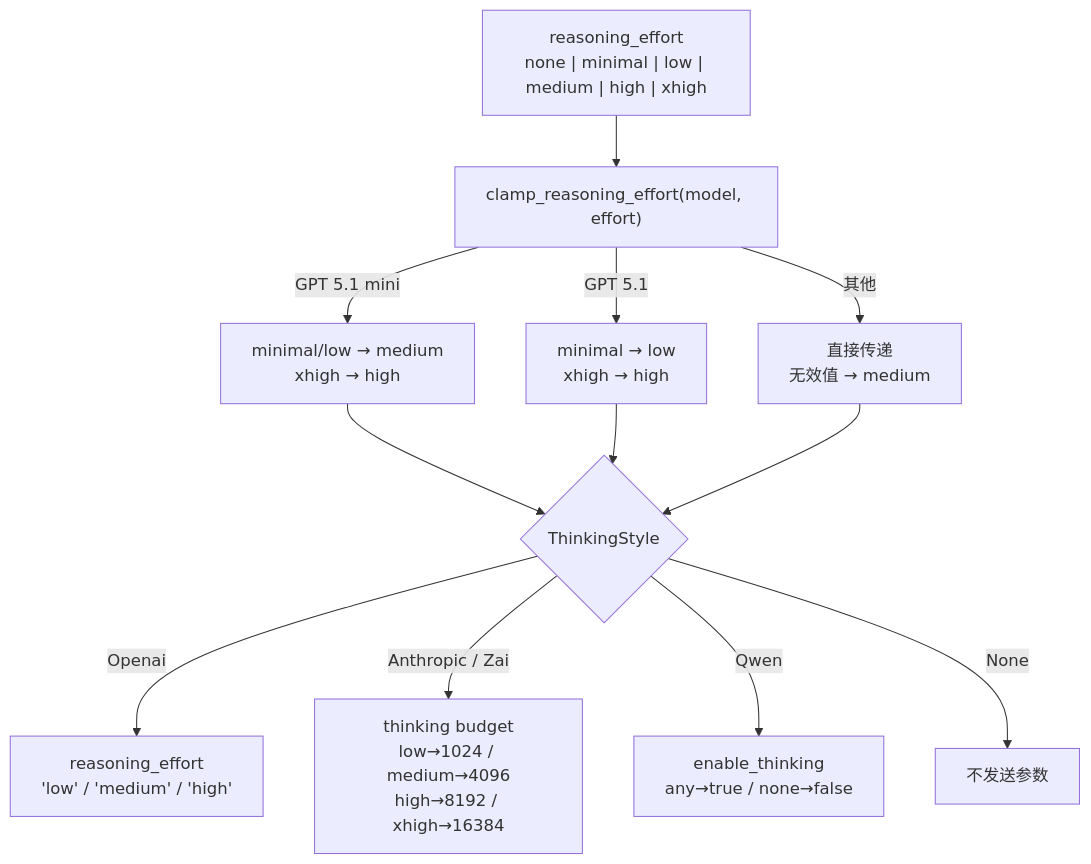
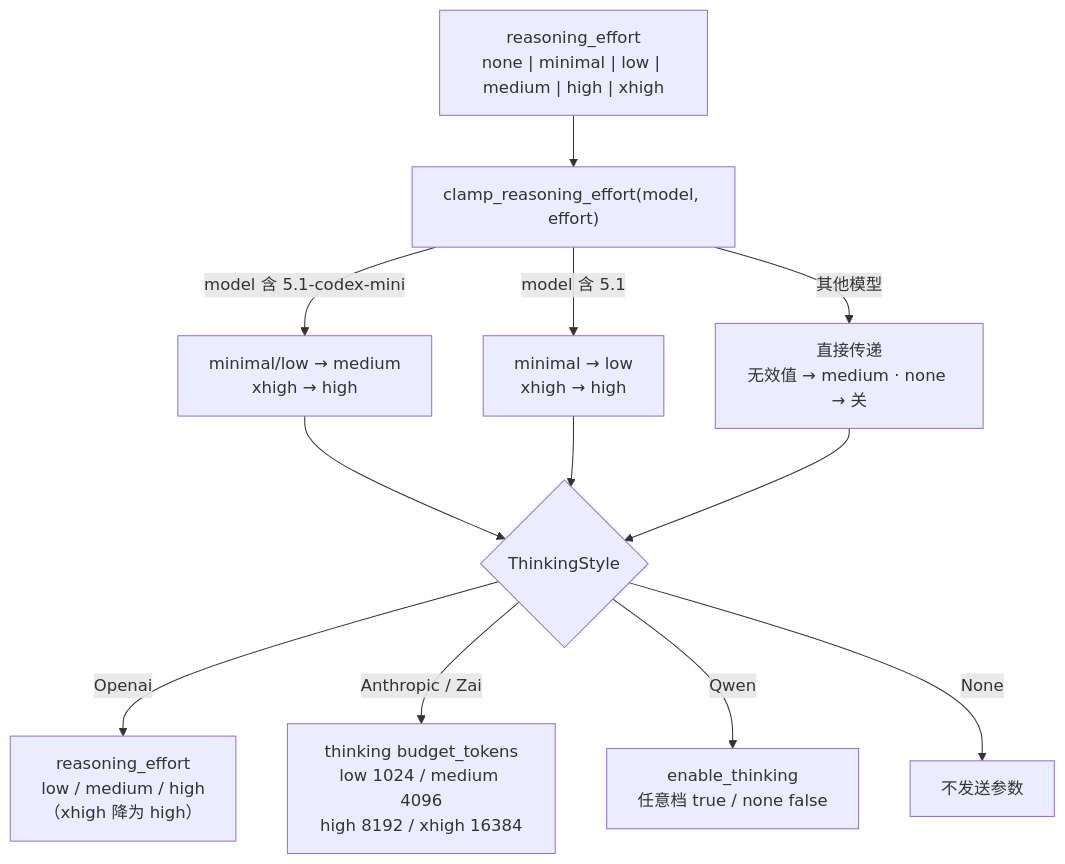
One commit to shiwenwen/hope-agent changed the fifth of 16 diagrams in docs/architecture/provider-system.md. Above: the diagram before and after it, drawn with Mermaid. The commit also changed other lines of this file and 2 other files, not shown here.

````diff
--- a/docs/architecture/provider-system.md
+++ b/docs/architecture/provider-system.md
@@ -429,16 +421,16 @@
 ```mermaid
 flowchart TD
   INPUT["reasoning_effort<br/>none | minimal | low | medium | high | xhigh"]
   INPUT --> CLAMP["clamp_reasoning_effort(model, effort)"]
 
-  CLAMP -->|"GPT 5.1 mini"| C1["minimal/low → medium<br/>xhigh → high"]
-  CLAMP -->|"GPT 5.1"| C2["minimal → low<br/>xhigh → high"]
-  CLAMP -->|"其他"| C3["直接传递<br/>无效值 → medium"]
+  CLAMP -->|"model 含 5.1-codex-mini"| C1["minimal/low → medium<br/>xhigh → high"]
+  CLAMP -->|"model 含 5.1"| C2["minimal → low<br/>xhigh → high"]
+  CLAMP -->|"其他模型"| C3["直接传递<br/>无效值 → medium · none → 关"]
 
-  C1 & C2 & C3 --> STYLE{ThinkingStyle}
+  C1 & C2 & C3 --> STYLE{"ThinkingStyle"}
 
-  STYLE -->|Openai| S1["reasoning_effort<br/>'low' / 'medium' / 'high'"]
-  STYLE -->|Anthropic / Zai| S2["thinking budget<br/>low→1024 / medium→4096<br/>high→8192 / xhigh→16384"]
-  STYLE -->|Qwen| S3["enable_thinking<br/>any→true / none→false"]
+  STYLE -->|Openai| S1["reasoning_effort<br/>low / medium / high<br/>（xhigh 降为 high）"]
+  STYLE -->|Anthropic / Zai| S2["thinking budget_tokens<br/>low 1024 / medium 4096<br/>high 8192 / xhigh 16384"]
+  STYLE -->|Qwen| S3["enable_thinking<br/>任意档 true / none false"]
   STYLE -->|None| S4["不发送参数"]
 ```
````
